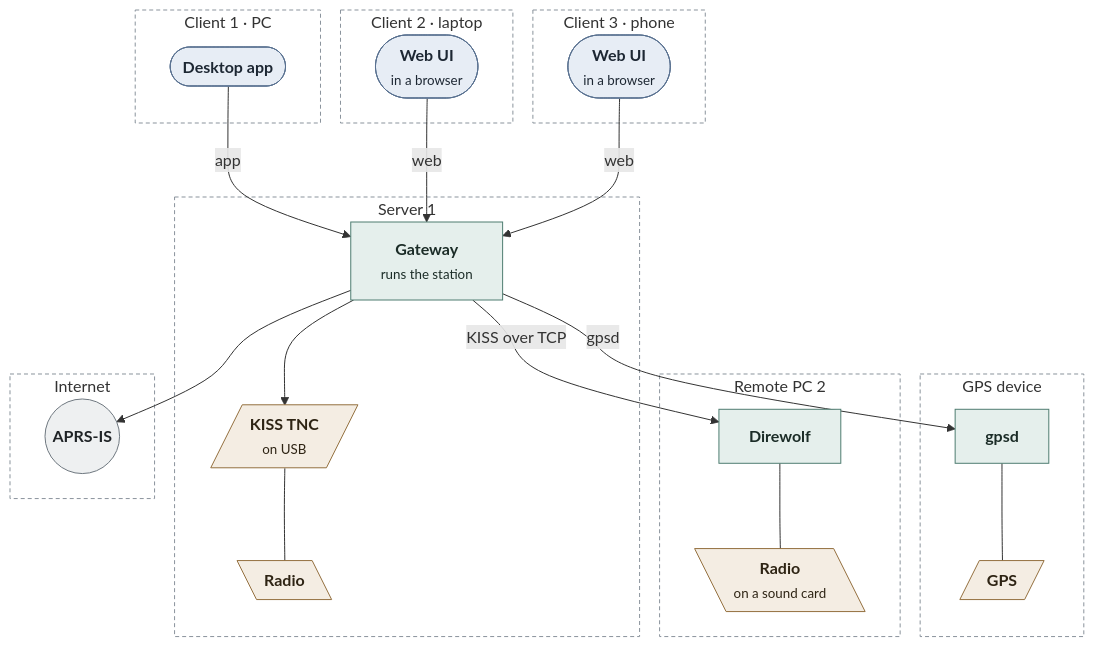
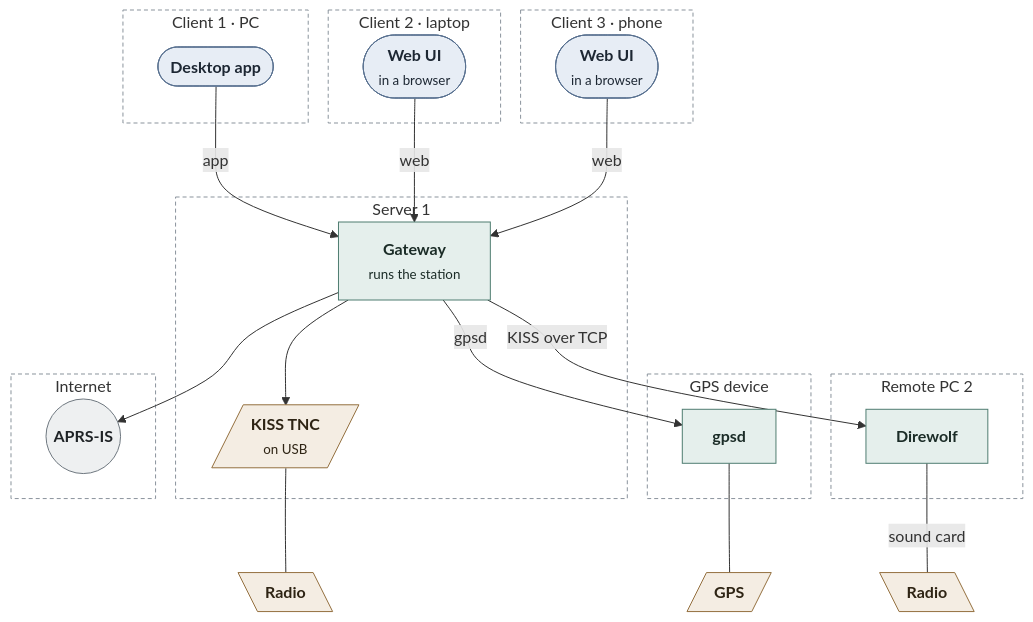
Before and after one commit to APRS-NET/AprsMap: the second of 3 diagrams in README.md, drawn with Mermaid.

Commit message:
docs(readme): radios and the GPS outside the machines that use them

````diff
--- a/README.md
+++ b/README.md
@@ -100,60 +100,61 @@
 ```mermaid
 flowchart TB
     subgraph c1["Client 1 · PC"]
         app(["<b>Desktop app</b>"])
     end
     subgraph c2["Client 2 · laptop"]
         web(["<b>Web UI</b><br/><small>in a browser</small>"])
     end
     subgraph c3["Client 3 · phone"]
         phone(["<b>Web UI</b><br/><small>in a browser</small>"])
     end
 
     subgraph s1["Server 1"]
         gw["<b>Gateway</b><br/><small>runs the station</small>"]
         tnc[/"<b>KISS TNC</b><br/><small>on USB</small>"/]
-        radio1[\"<b>Radio</b>"\]
         gw --> tnc
-        tnc --- radio1
     end
 
     subgraph dev["GPS device"]
         gpsd["<b>gpsd</b>"]
-        gps[/"<b>GPS</b>"/]
-        gpsd --- gps
     end
 
     subgraph pc2["Remote PC 2"]
         dw["<b>Direwolf</b>"]
-        radio2[\"<b>Radio</b><br/><small>on a sound card</small>"\]
-        dw --- radio2
     end
 
     subgraph inet["Internet"]
         aprsis(("<b>APRS-IS</b>"))
     end
 
+
+    radio1[\"<b>Radio</b>"\]
+    radio2[\"<b>Radio</b>"\]
+    gps[/"<b>GPS</b>"/]
+    tnc --- radio1
+    dw -- "sound card" --- radio2
+    gpsd --- gps
 
     app -- "app" --> gw
     web -- "web" --> gw
     phone -- "web" --> gw
     gw -- "gpsd" --> gpsd
     gw -- "KISS over TCP" --> dw
     gw --> aprsis
 
     classDef client fill:#e7edf5,stroke:#58708f,color:#1d2733
     classDef host fill:#e5efec,stroke:#4f7d71,color:#1b2c27
     classDef network fill:#eef0f1,stroke:#6f7880,color:#1f2326
     classDef device fill:#f4ede3,stroke:#94703f,color:#2e2414
     class app,web,phone client
     class gw,dw,gpsd host
     class aprsis network
     class tnc,gps,radio1,radio2 device
     style c1 fill:none,stroke:#8a939c,stroke-dasharray:4 3
     style c2 fill:none,stroke:#8a939c,stroke-dasharray:4 3
     style c3 fill:none,stroke:#8a939c,stroke-dasharray:4 3
     style s1 fill:none,stroke:#8a939c,stroke-dasharray:4 3
     style pc2 fill:none,stroke:#8a939c,stroke-dasharray:4 3
     style dev fill:none,stroke:#8a939c,stroke-dasharray:4 3
     style inet fill:none,stroke:#8a939c,stroke-dasharray:4 3
 ```
````
